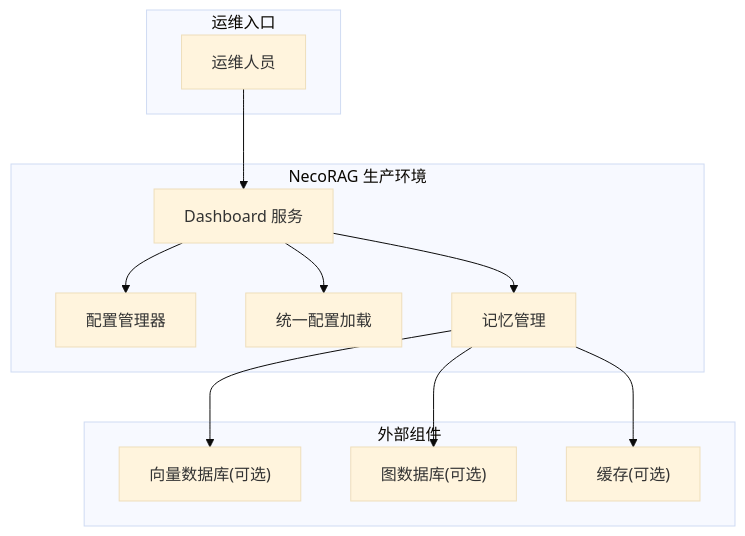
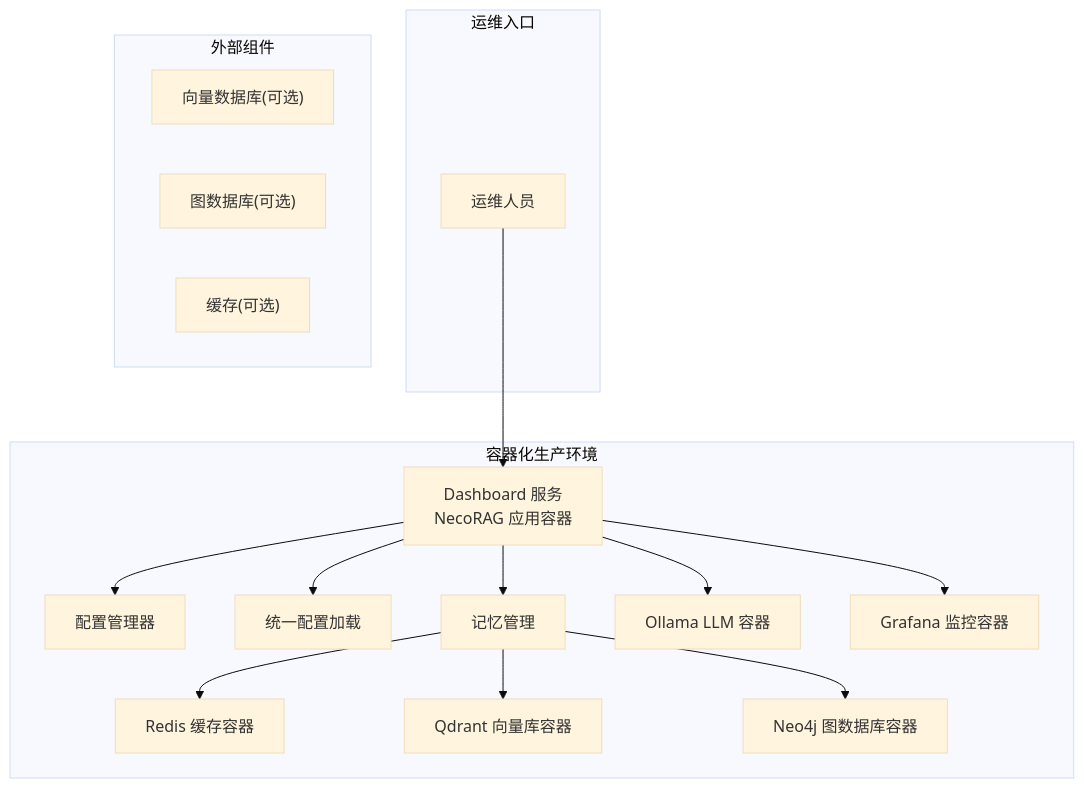
Before and after one commit to JieGaoPrinceton/NecoRAG: the second of 7 diagrams in .qoder/repowiki/zh/content/部署与运维/部署与运维.md, drawn with Mermaid (base theme). The commit also changed other lines of this file and 20 other files, not shown here.

````diff
--- a/.qoder/repowiki/zh/content/部署与运维/部署与运维.md
+++ b/.qoder/repowiki/zh/content/部署与运维/部署与运维.md
@@ -110,24 +138,31 @@
 ```mermaid
 graph TB
 subgraph "运维入口"
 U["运维人员"]
 end
-subgraph "NecoRAG 生产环境"
-D["Dashboard 服务"]
+subgraph "容器化生产环境"
+D["Dashboard 服务<br/>NecoRAG 应用容器"]
 CM["配置管理器"]
 CFG["统一配置加载"]
 MEM["记忆管理"]
+R["Redis 缓存容器"]
+Q["Qdrant 向量库容器"]
+N["Neo4j 图数据库容器"]
+O["Ollama LLM 容器"]
+G["Grafana 监控容器"]
 end
 subgraph "外部组件"
 VDB["向量数据库(可选)"]
 GDB["图数据库(可选)"]
 REDIS["缓存(可选)"]
 end
 U --> D
 D --> CM
 D --> CFG
 D --> MEM
-MEM --> VDB
-MEM --> GDB
-MEM --> REDIS
+MEM --> R
+MEM --> Q
+MEM --> N
+D --> O
+D --> G
 ```
````
